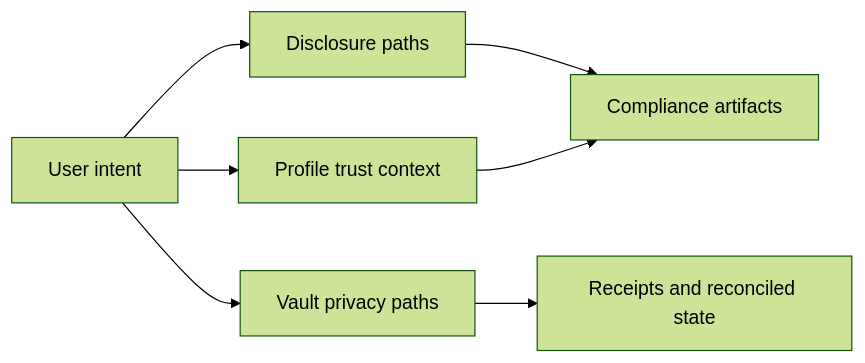
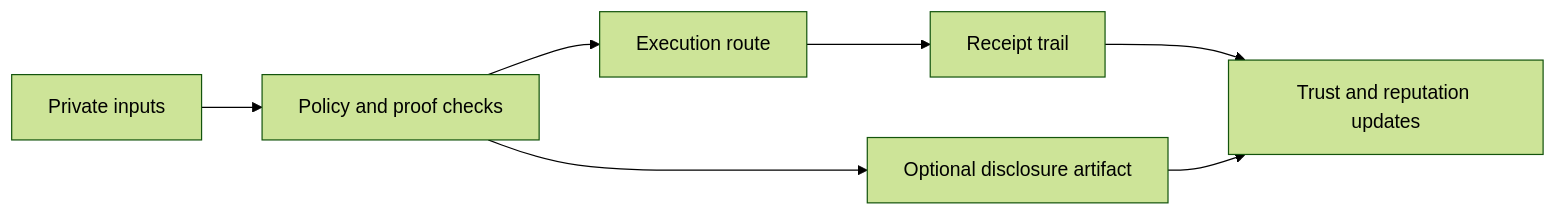
Before and after one commit to Obsqra-Labs/zkdefi: the diagram in docs-site/docs/privacy-features.md, drawn with Mermaid (forest theme). The commit also changed other lines of this file and 681 other files, not shown here.

First line of the commit message:
Phase A: default to max privacy (hashed_proof), remove TierSelector, rename Dark Ledger → Privacy Pools

````diff
--- a/docs-site/docs/privacy-features.md
+++ b/docs-site/docs/privacy-features.md
@@ -68,9 +42,9 @@
 ```mermaid
 flowchart LR
-  U[User intent] --> D[Disclosure paths]
-  U --> V[Vault privacy paths]
-  U --> P[Profile trust context]
-  D --> C[Compliance artifacts]
-  V --> R[Receipts and reconciled state]
-  P --> C
+  I[Private inputs] --> P[Policy and proof checks]
+  P --> E[Execution route]
+  E --> R[Receipt trail]
+  P --> D[Optional disclosure artifact]
+  R --> U[Trust and reputation updates]
+  D --> U
 ```
````
